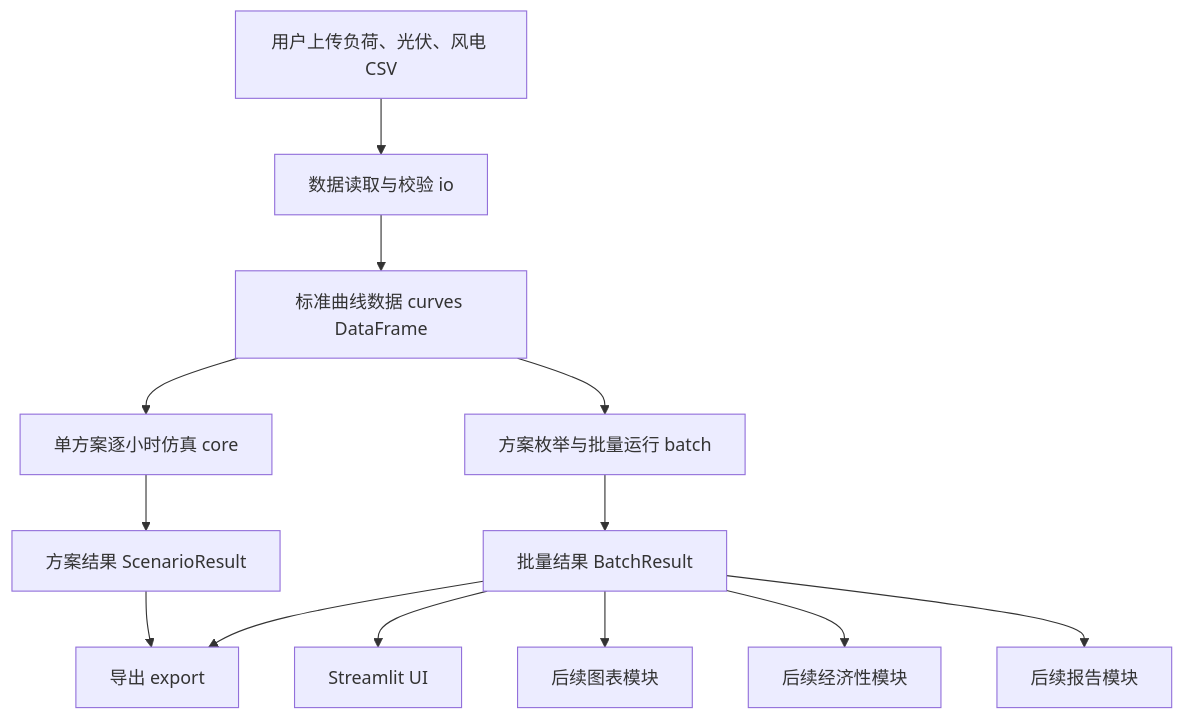
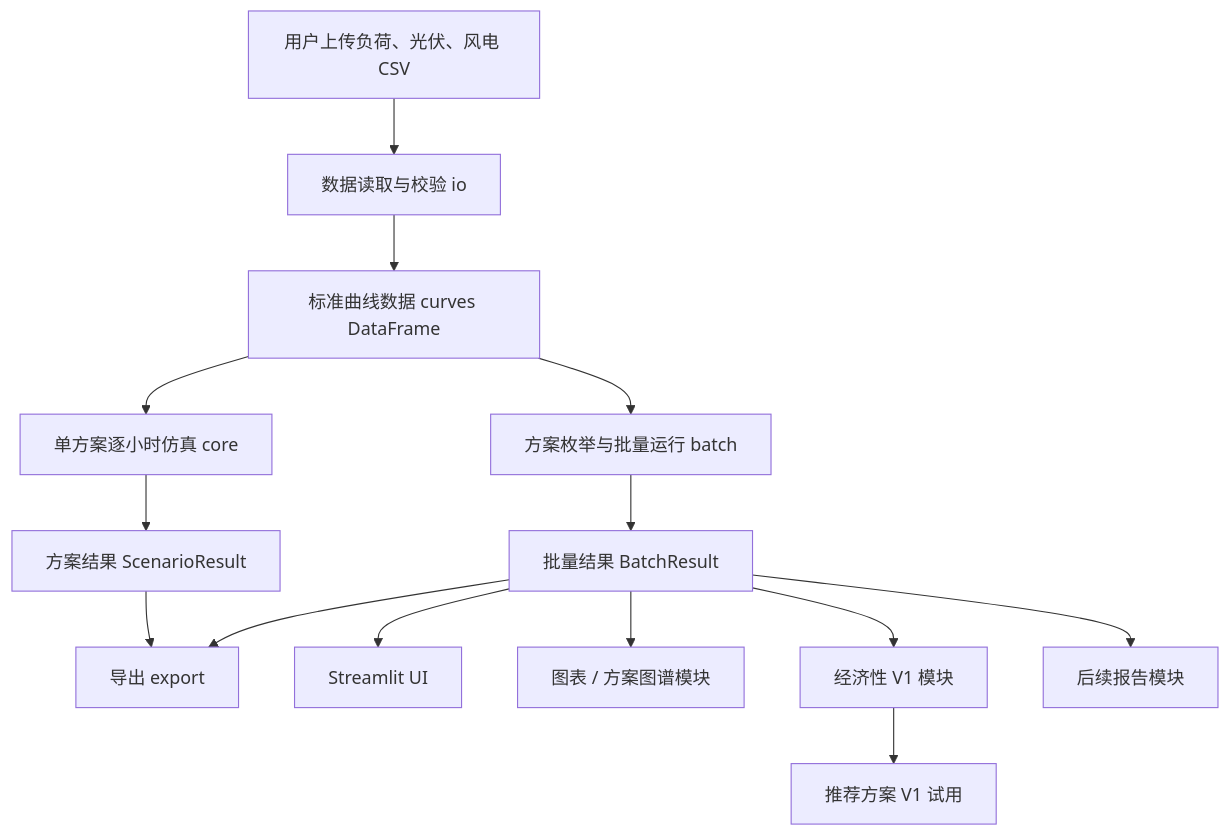
The first of 2 diagrams in docs/SOFTWARE_OVERVIEW_AND_INTERFACE.md (mordecairegular/green-direct-platform), drawn with Mermaid before and after one commit. The commit also changed other lines of this file and 31 other files, not shown here.

````diff
--- a/docs/SOFTWARE_OVERVIEW_AND_INTERFACE.md
+++ b/docs/SOFTWARE_OVERVIEW_AND_INTERFACE.md
@@ -47,15 +50,16 @@
 ```mermaid
 flowchart TD
     A["用户上传负荷、光伏、风电 CSV"] --> B["数据读取与校验 io"]
     B --> C["标准曲线数据 curves DataFrame"]
     C --> D["单方案逐小时仿真 core"]
     D --> E["方案结果 ScenarioResult"]
     C --> F["方案枚举与批量运行 batch"]
     F --> G["批量结果 BatchResult"]
     E --> H["导出 export"]
     G --> H
     G --> I["Streamlit UI"]
-    G --> J["后续图表模块"]
-    G --> K["后续经济性模块"]
+    G --> J["图表 / 方案图谱模块"]
+    G --> K["经济性 V1 模块"]
     G --> L["后续报告模块"]
+    K --> M["推荐方案 V1 试用"]
 ```
````
